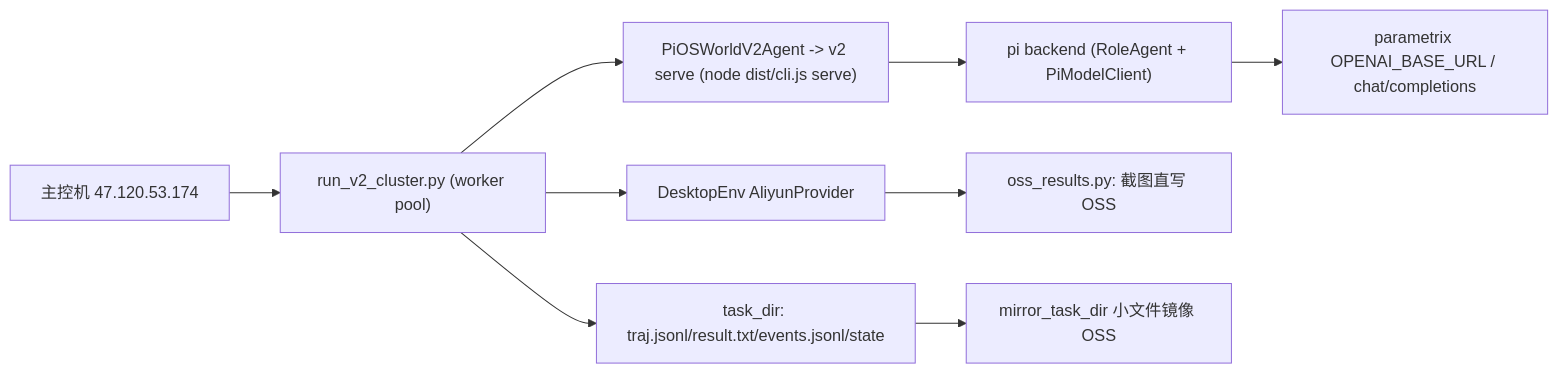
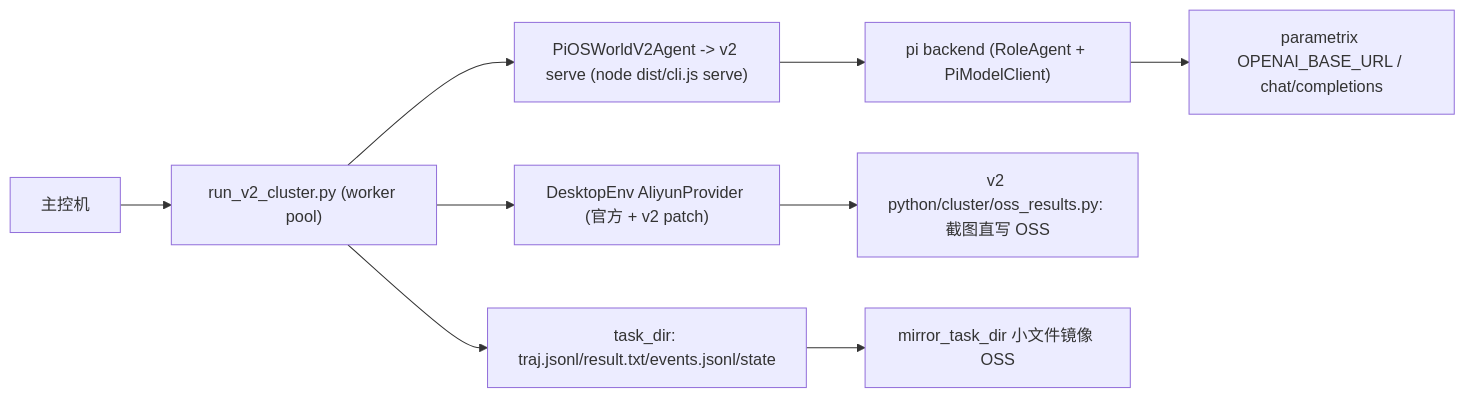
One commit to ivybug-test/pi-osworld-v2 changed the diagram in CLUSTER-PLAN.md. Above: the diagram before and after it, drawn with Mermaid. The commit also changed other lines of this file and 1 other file, not shown here.

Commit message:
docs: make cluster plan self-contained without colleague fork dependency

````diff
--- a/CLUSTER-PLAN.md
+++ b/CLUSTER-PLAN.md
@@ -63,11 +56,11 @@
 ```mermaid
 flowchart LR
-  Master["主控机 47.120.53.174"] --> Runner["run_v2_cluster.py (worker pool)"]
-  Runner --> Env["DesktopEnv AliyunProvider"]
+  Master["主控机"] --> Runner["run_v2_cluster.py (worker pool)"]
+  Runner --> Env["DesktopEnv AliyunProvider (官方 + v2 patch)"]
   Runner --> Bridge["PiOSWorldV2Agent -> v2 serve (node dist/cli.js serve)"]
   Bridge --> Pi["pi backend (RoleAgent + PiModelClient)"]
   Pi --> GW["parametrix OPENAI_BASE_URL / chat/completions"]
-  Env --> OSS["oss_results.py: 截图直写 OSS"]
+  Env --> OSS["v2 python/cluster/oss_results.py: 截图直写 OSS"]
   Runner --> Local["task_dir: traj.jsonl/result.txt/events.jsonl/state"]
   Local --> OSS2["mirror_task_dir 小文件镜像 OSS"]
 ```
````
